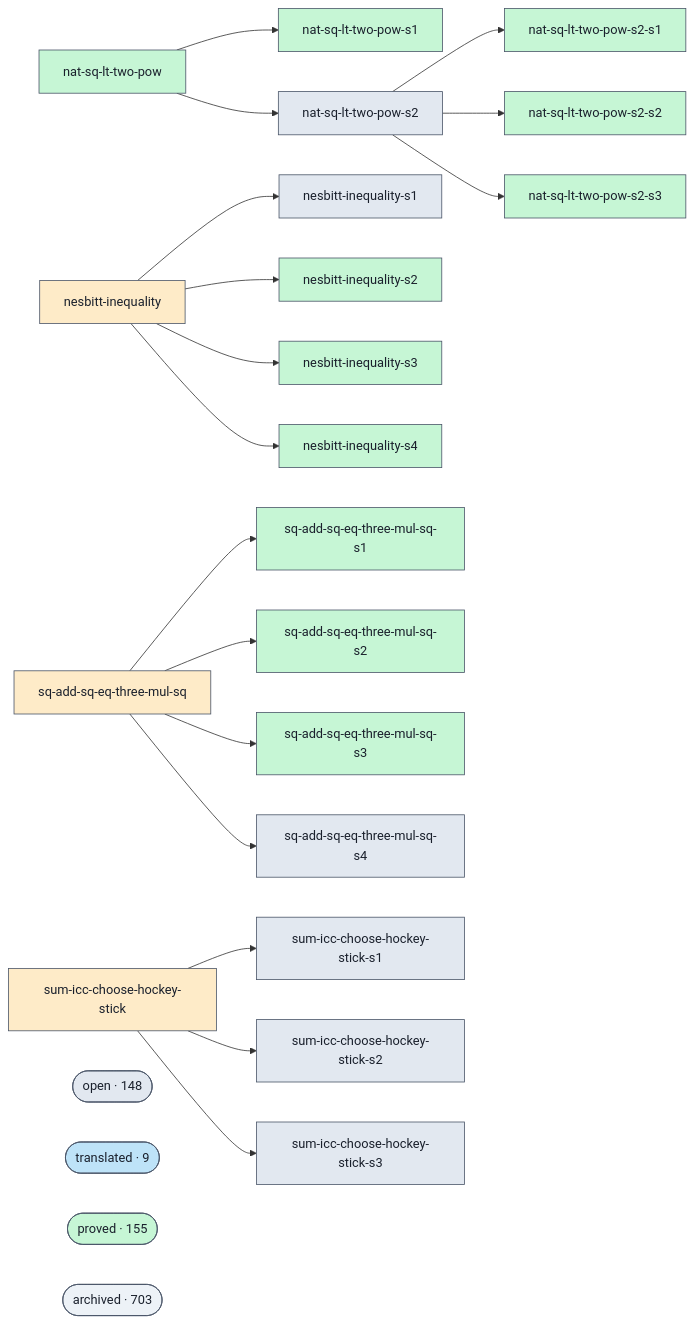
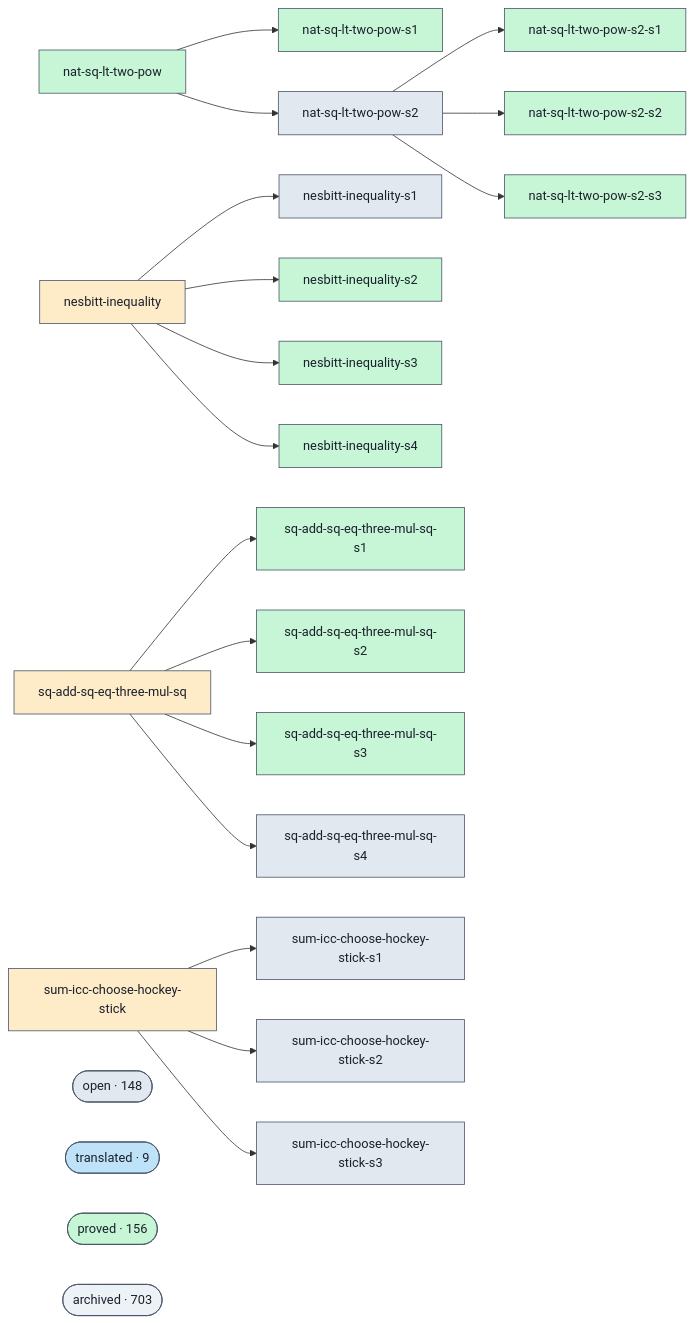
Before and after one commit to Rauxon/unsorry: the diagram in docs/proofs-contributors-visualisation.md, drawn with Mermaid. The commit also changed other lines of this file and 2 other files, not shown here.

```diff
--- a/docs/proofs-contributors-visualisation.md
+++ b/docs/proofs-contributors-visualisation.md
@@ -102,7 +102,7 @@
   class cluster_open open;
   cluster_translated(["translated · 9"])
   class cluster_translated translated;
-  cluster_proved(["proved · 155"])
+  cluster_proved(["proved · 156"])
   class cluster_proved proved;
   cluster_archived(["archived · 703"])
   class cluster_archived unknown;
```
